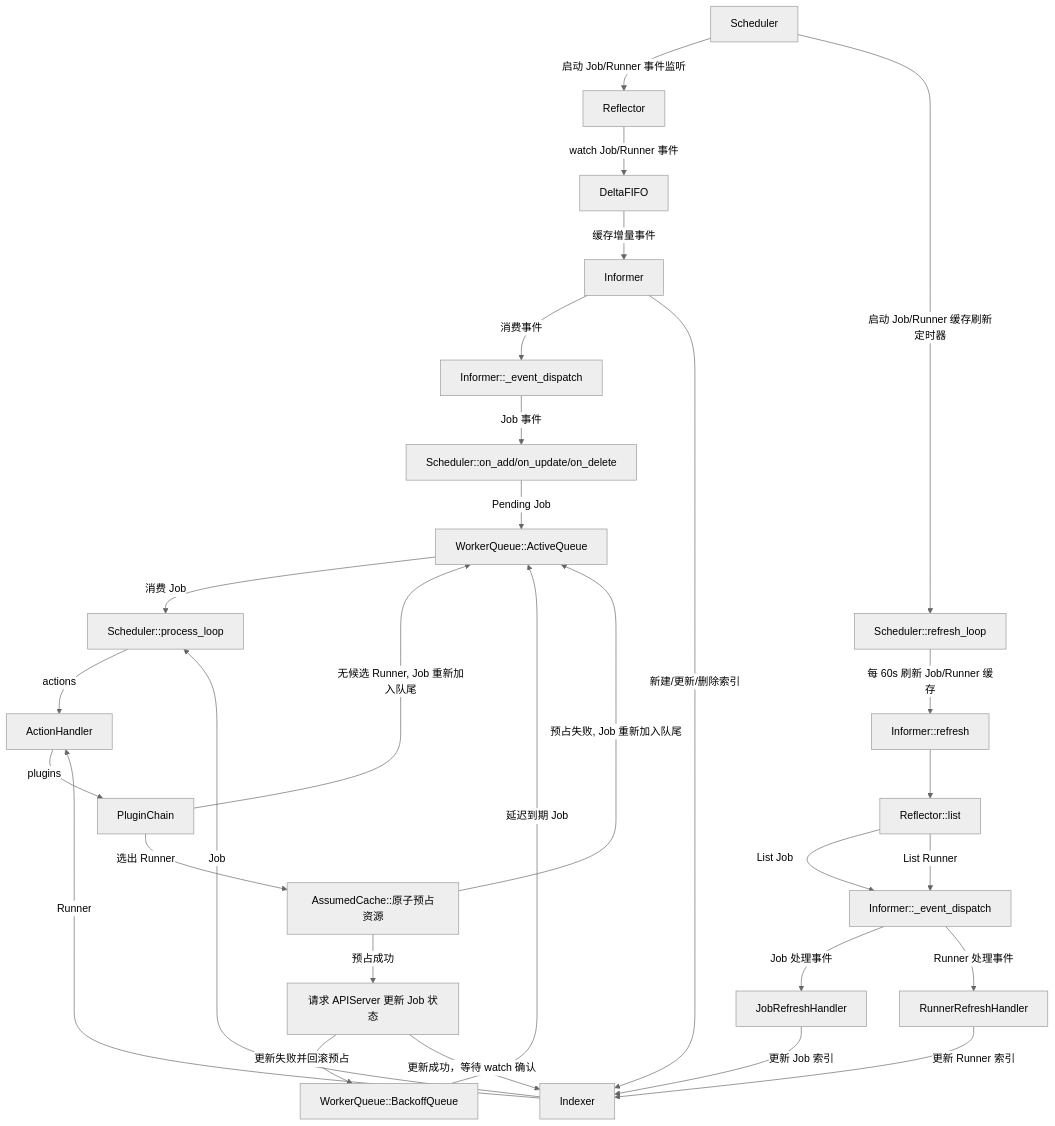
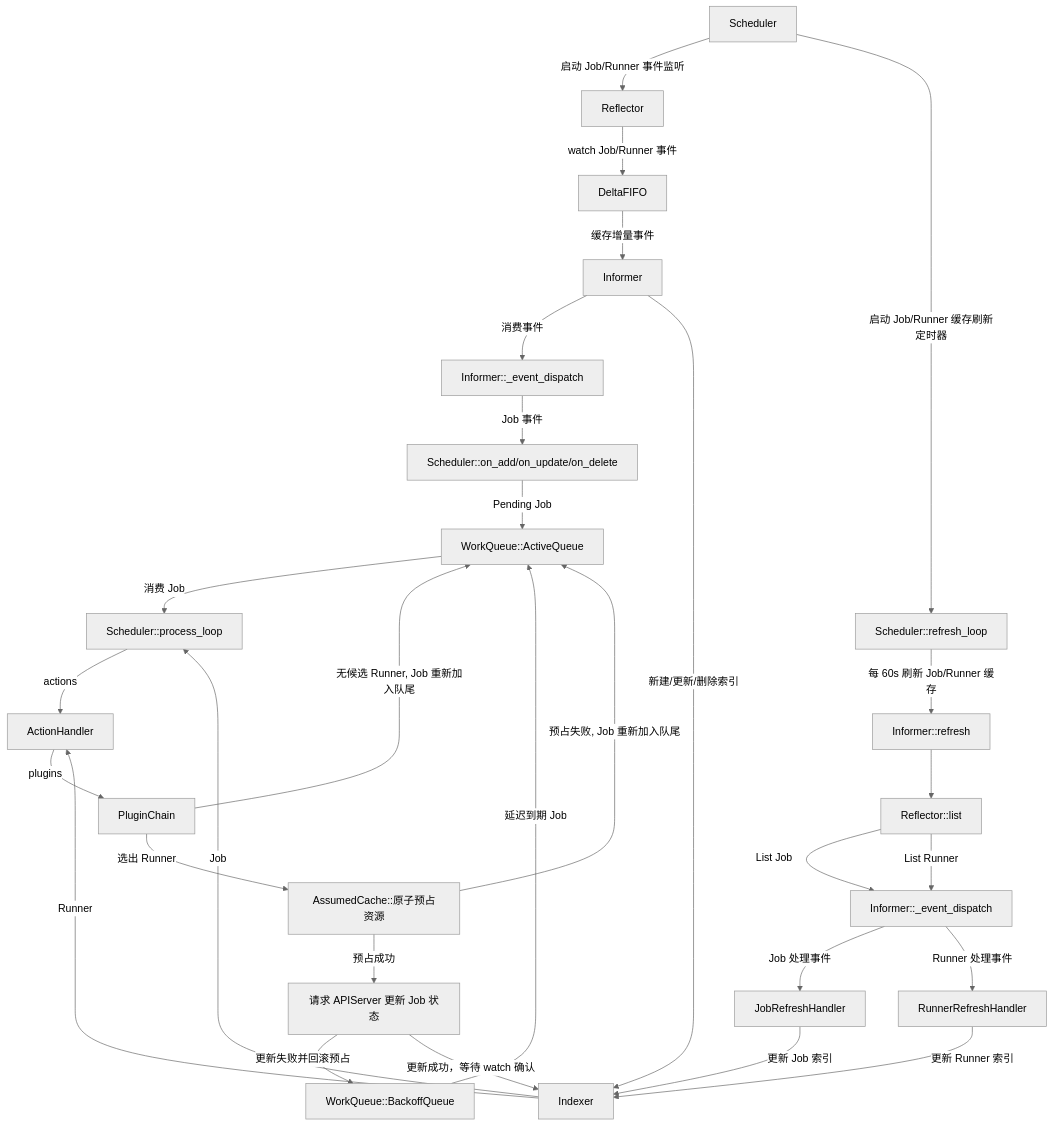
The first of 2 diagrams in docs/zh/design/scheduler.md (openeuler-mirror/EulerMaker), drawn with Mermaid (neutral theme) before and after one commit. The commit also changed other lines of this file, not shown here.

Commit message:
modify the sorting field to sequence

````diff
--- a/docs/zh/design/scheduler.md
+++ b/docs/zh/design/scheduler.md
@@ -146,38 +146,38 @@
 ```mermaid
 graph TD
     SC[Scheduler] --> |启动 Job/Runner 事件监听| A
     A[Reflector] -->|watch Job/Runner 事件| B[DeltaFIFO]
     B -->|缓存增量事件| C[Informer]
     C -->|消费事件| F
     C -->|新建/更新/删除索引| D[Indexer]
 
     F[Informer::_event_dispatch] --> |Job 事件| G[Scheduler::on_add/on_update/on_delete]
-    G -->|Pending Job| Q1[WorkerQueue::ActiveQueue]
-    Q2[WorkerQueue::BackoffQueue] -->|延迟到期 Job| Q1
+    G -->|Pending Job| Q1[WorkQueue::ActiveQueue]
+    Q2[WorkQueue::BackoffQueue] -->|延迟到期 Job| Q1
 
     Q1 -->|消费 Job| L[Scheduler::process_loop]
     D --> |Job| L
     L --> |actions| A1[ActionHandler]
     D --> |Runner| A1
     A1 --> |plugins| P[PluginChain]
     
     
     P --> |无候选 Runner, Job 重新加入队尾| Q1
     P --> |选出 Runner| AC[AssumedCache::原子预占资源]
     AC --> |预占成功| S[请求 APIServer 更新 Job 状态]
     AC --> |预占失败, Job 重新加入队尾| Q1
     S --> |更新失败并回滚预占| Q2
     S --> |更新成功，等待 watch 确认| D
   
 
     SC --> |启动 Job/Runner 缓存刷新定时器| T0
     T0[Scheduler::refresh_loop] --> |每 60s 刷新 Job/Runner 缓存| RI[Informer::refresh]
     RI --> RR[Reflector::list]
     RR --> |List Job| F1[Informer::_event_dispatch]
     RR --> |List Runner| F1
 
     F1 --> |Job 处理事件| JF[JobRefreshHandler]
     JF --> |更新 Job 索引| D
     F1 --> |Runner 处理事件| RF[RunnerRefreshHandler]
     RF --> |更新 Runner 索引| D
 ```
````
